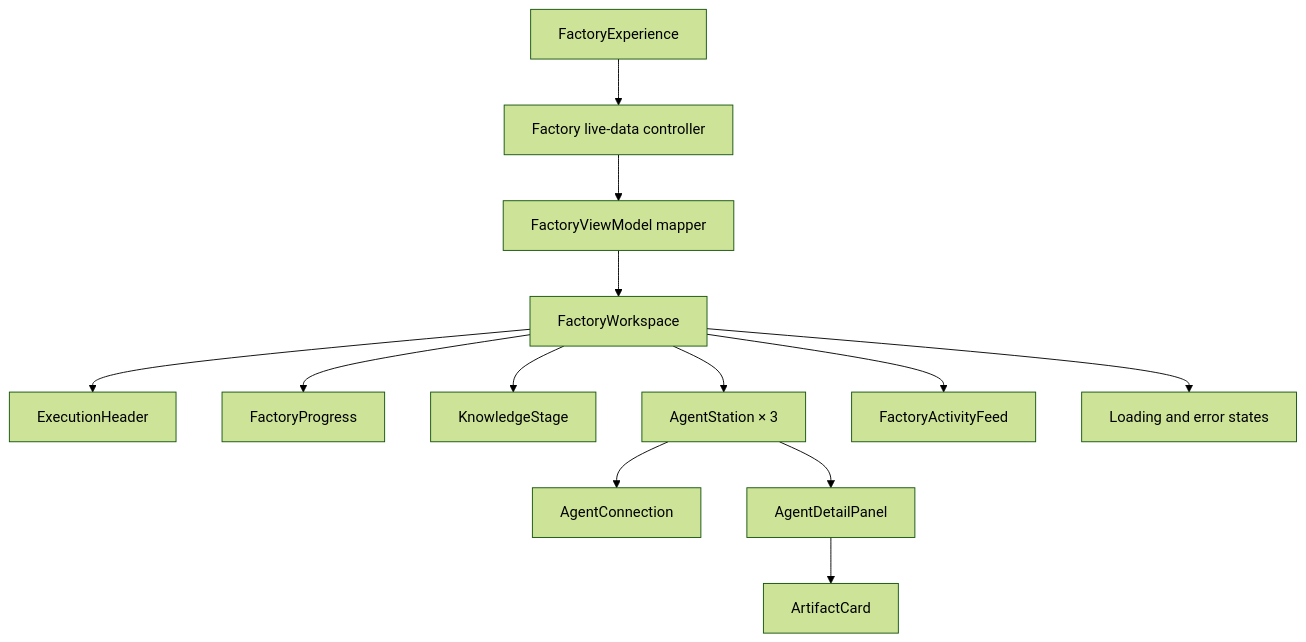
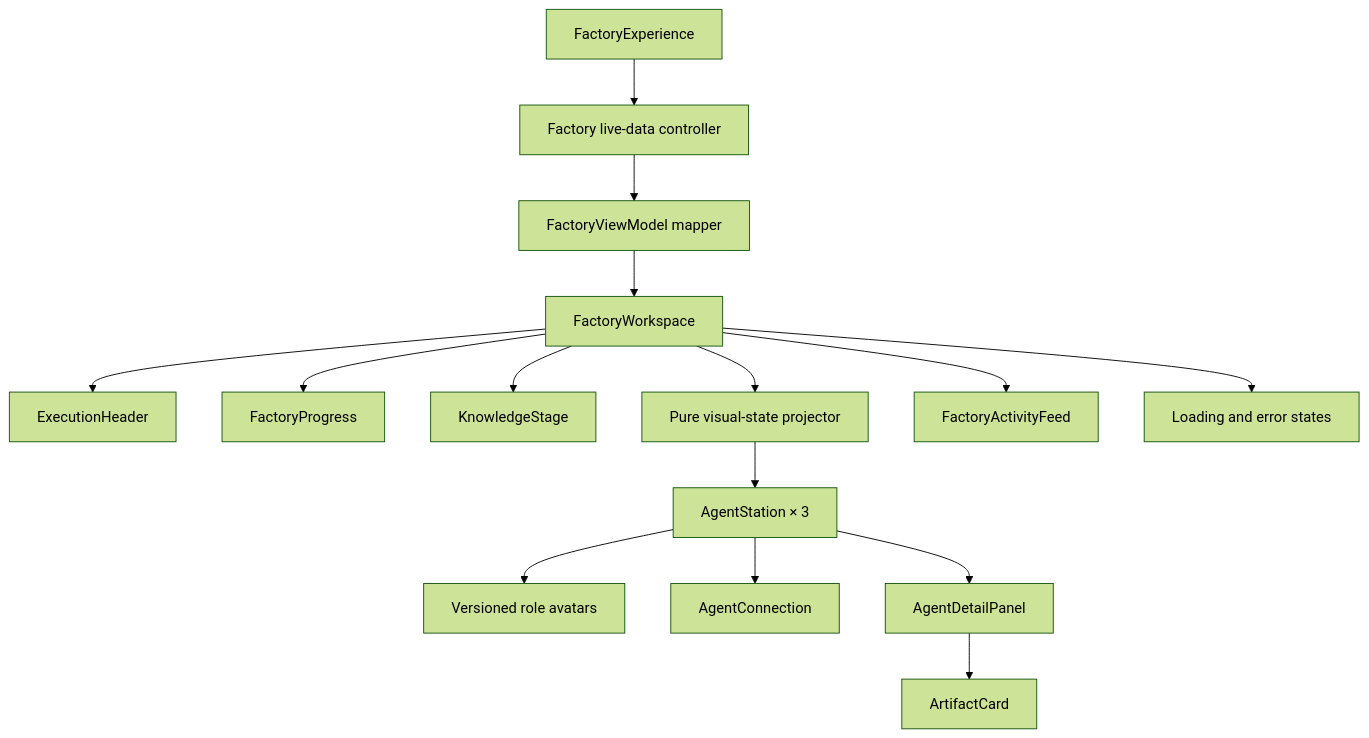
One commit to felipet66/brq-ai-factory changed the ninth of 9 diagrams in knowledge/45-FACTORY_VISUALIZATION_FLOW.md. Above: the diagram before and after it, drawn with Mermaid (forest theme). The commit also changed other lines of this file and 32 other files, not shown here.

````diff
--- a/knowledge/45-FACTORY_VISUALIZATION_FLOW.md
+++ b/knowledge/45-FACTORY_VISUALIZATION_FLOW.md
@@ -176,15 +197,17 @@
 ```mermaid
 flowchart TB
     EXPERIENCE["FactoryExperience"] --> LIVE["Factory live-data controller"]
     LIVE --> MAPPER["FactoryViewModel mapper"]
     MAPPER --> WORKSPACE["FactoryWorkspace"]
     WORKSPACE --> HEADER["ExecutionHeader"]
     WORKSPACE --> PROGRESS["FactoryProgress"]
     WORKSPACE --> KNOWLEDGE["KnowledgeStage"]
-    WORKSPACE --> STATIONS["AgentStation × 3"]
+    WORKSPACE --> PROJECTOR["Pure visual-state projector"]
+    PROJECTOR --> STATIONS["AgentStation × 3"]
+    STATIONS --> AVATARS["Versioned role avatars"]
     STATIONS --> CONNECTIONS["AgentConnection"]
     STATIONS --> DETAILS["AgentDetailPanel"]
     DETAILS --> ARTIFACTS["ArtifactCard"]
     WORKSPACE --> ACTIVITY["FactoryActivityFeed"]
     WORKSPACE --> STATES["Loading and error states"]
 ```
````
